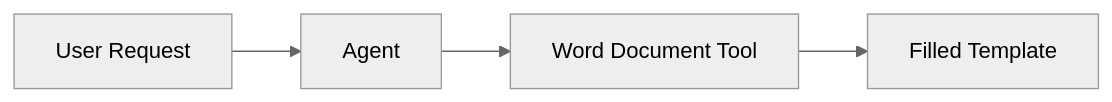
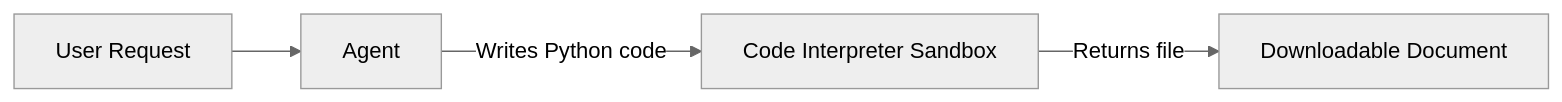
Before and after one commit to LauraVerghote/Agentic-ai-with-foundry-workshop: the diagram in lab-4-word-document-tool.md, drawn with Mermaid (neutral theme). The commit also changed other lines of this file and 48 other files, not shown here.

````diff
--- a/lab-4-word-document-tool.md
+++ b/lab-4-word-document-tool.md
@@ -27,6 +37,6 @@
 ```mermaid
 flowchart LR
     A[User Request] --> B[Agent]
-    B --> C[Word Document Tool]
-    C --> D[Filled Template]
+    B -->|Writes Python code| C[Code Interpreter Sandbox]
+    C -->|Returns file| D[Downloadable Document]
 ```
````
